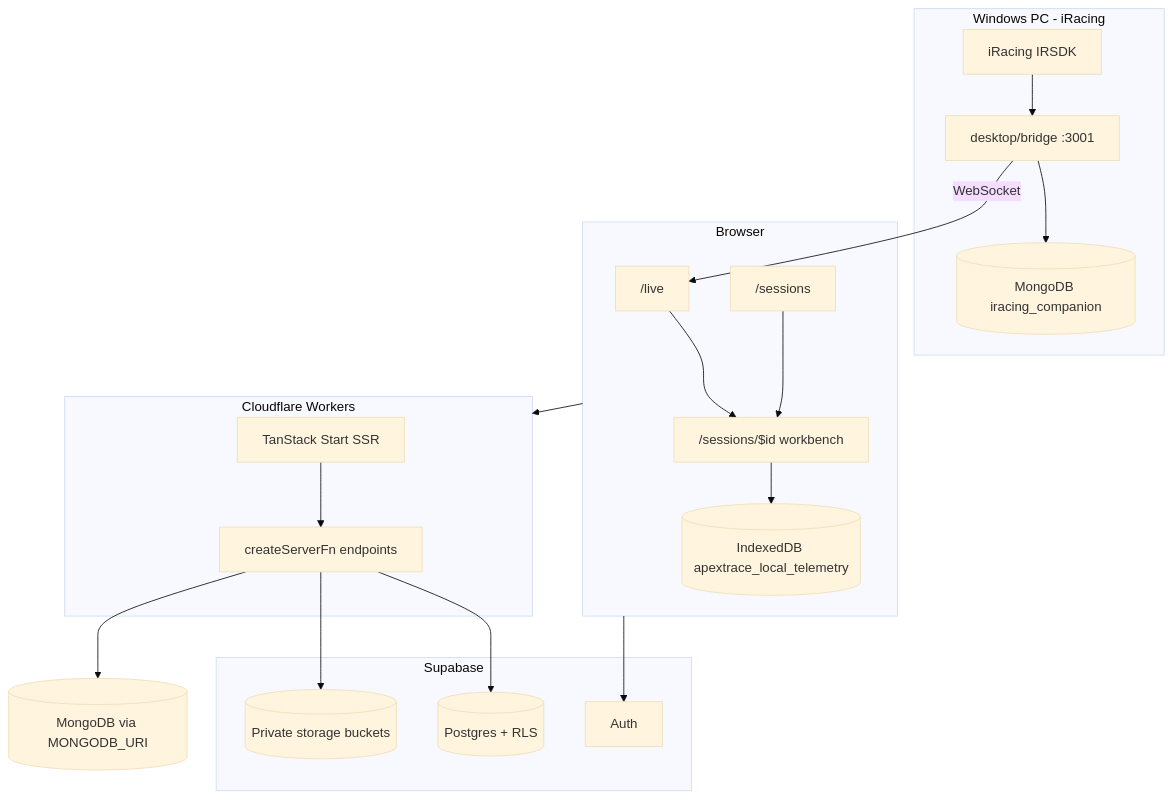
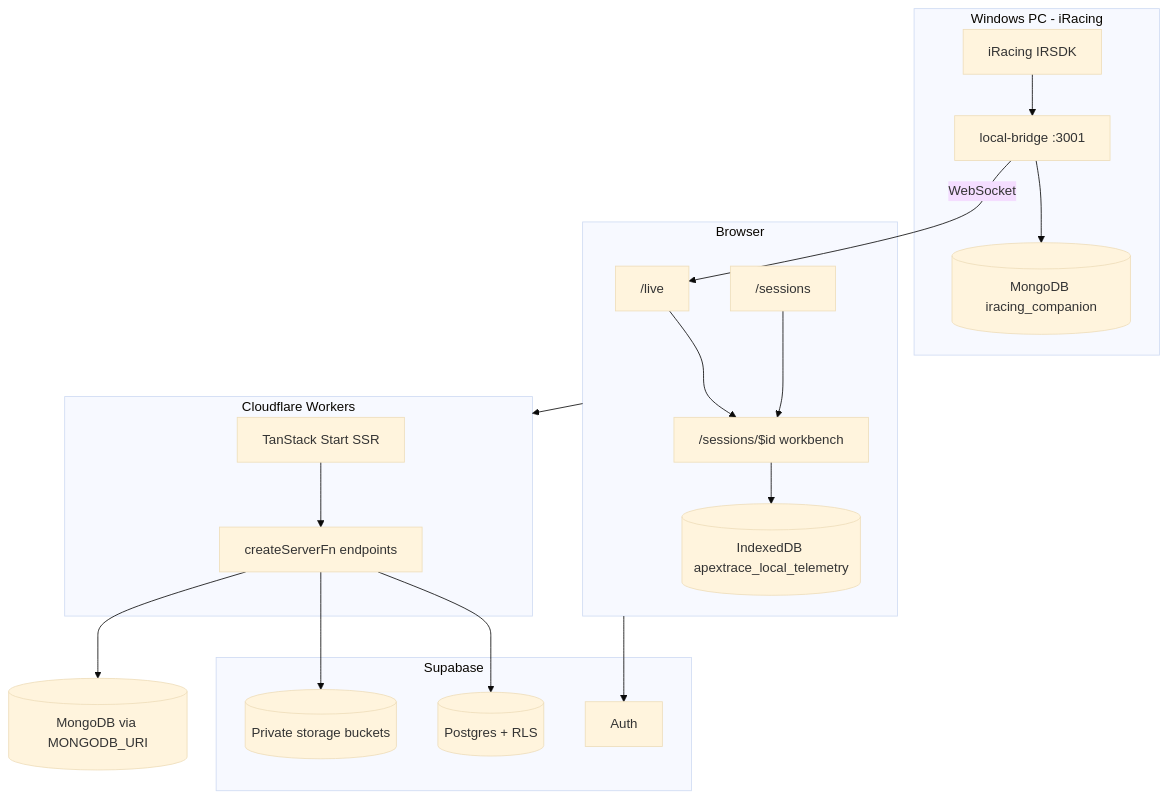
One commit to Apkallu-Industries/iRacing-Companion changed the diagram in CurrentState.MD. Above: the diagram before and after it, drawn with Mermaid (base theme). The commit also changed other lines of this file and 23 other files, not shown here.

````diff
--- a/CurrentState.MD
+++ b/CurrentState.MD
@@ -57,39 +57,39 @@
 ```mermaid
 flowchart TB
   subgraph windows [Windows PC - iRacing]
     IRSDK[iRacing IRSDK]
-    Bridge[desktop/bridge :3001]
+    Bridge[local-bridge :3001]
     MongoBridge[(MongoDB iracing_companion)]
     IRSDK --> Bridge
     Bridge --> MongoBridge
   end
 
   subgraph browser [Browser]
     Live["/live"]
     Sessions["/sessions"]
     WB["/sessions/$id workbench"]
     IDB[(IndexedDB apextrace_local_telemetry)]
     Live --> WB
     Sessions --> WB
     WB --> IDB
   end
 
   subgraph edge [Cloudflare Workers]
     SSR[TanStack Start SSR]
     Fn[createServerFn endpoints]
     SSR --> Fn
   end
 
   subgraph supabase [Supabase]
     PG[(Postgres + RLS)]
     Storage[(Private storage buckets)]
     Auth[Auth]
   end
 
   Bridge -->|WebSocket| Live
   browser --> edge
   Fn --> PG
   Fn --> Storage
   Fn --> MongoServer[(MongoDB via MONGODB_URI)]
   browser --> Auth
 ```
````
